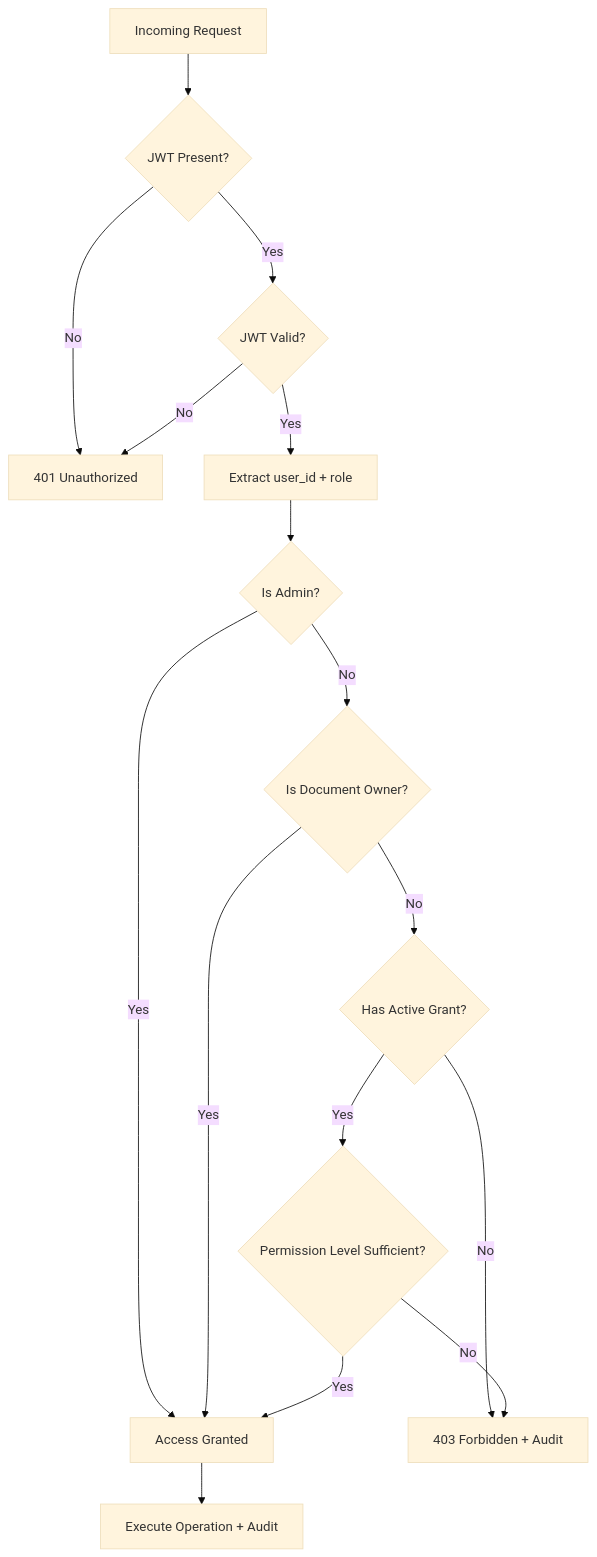
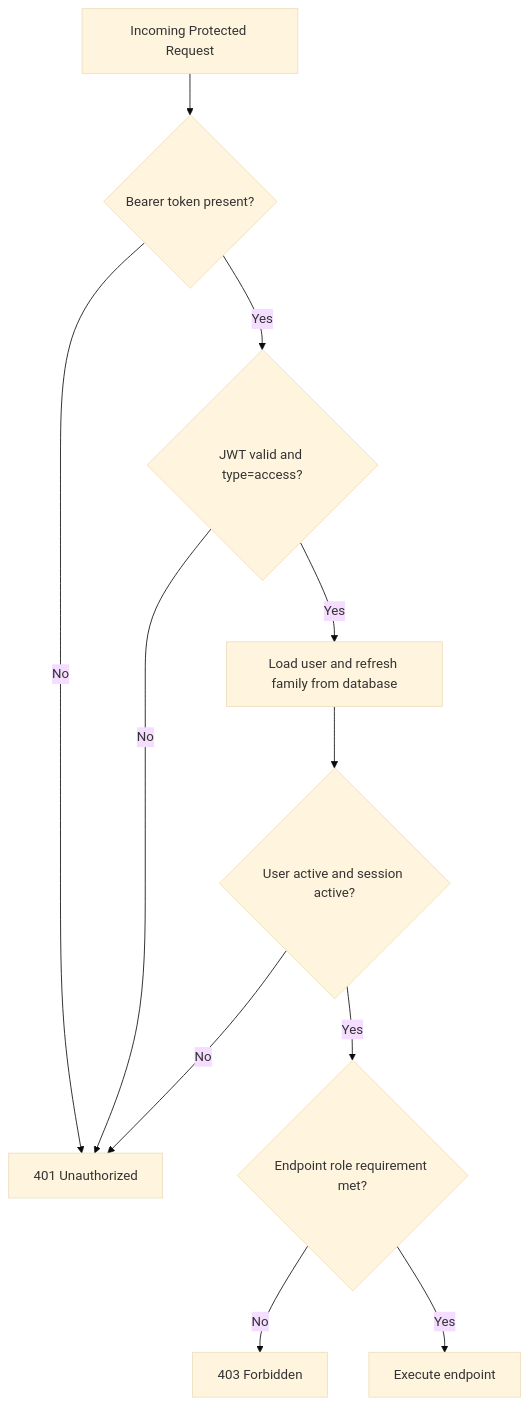
Before and after one commit to saisankeerth27/TrustVault: the third of 4 diagrams in docs/ARCHITECTURE.md, drawn with Mermaid (base theme). The commit also changed other lines of this file and 51 other files, not shown here.

````diff
--- a/docs/ARCHITECTURE.md
+++ b/docs/ARCHITECTURE.md
@@ -245,18 +249,13 @@
 ```mermaid
 flowchart TD
-    A[Incoming Request] --> B{JWT Present?}
+    A[Incoming Protected Request] --> B{Bearer token present?}
     B -->|No| C[401 Unauthorized]
-    B -->|Yes| D{JWT Valid?}
+    B -->|Yes| D{JWT valid and type=access?}
     D -->|No| C
-    D -->|Yes| E[Extract user_id + role]
-    E --> F{Is Admin?}
-    F -->|Yes| G[Access Granted]
-    F -->|No| H{Is Document Owner?}
-    H -->|Yes| G
-    H -->|No| I{Has Active Grant?}
-    I -->|No| J[403 Forbidden + Audit]
-    I -->|Yes| K{Permission Level Sufficient?}
-    K -->|No| J
-    K -->|Yes| G
-    G --> L[Execute Operation + Audit]
+    D -->|Yes| E[Load user and refresh family from database]
+    E --> F{User active and session active?}
+    F -->|No| C
+    F -->|Yes| G{Endpoint role requirement met?}
+    G -->|No| H[403 Forbidden]
+    G -->|Yes| I[Execute endpoint]
 ```
````
